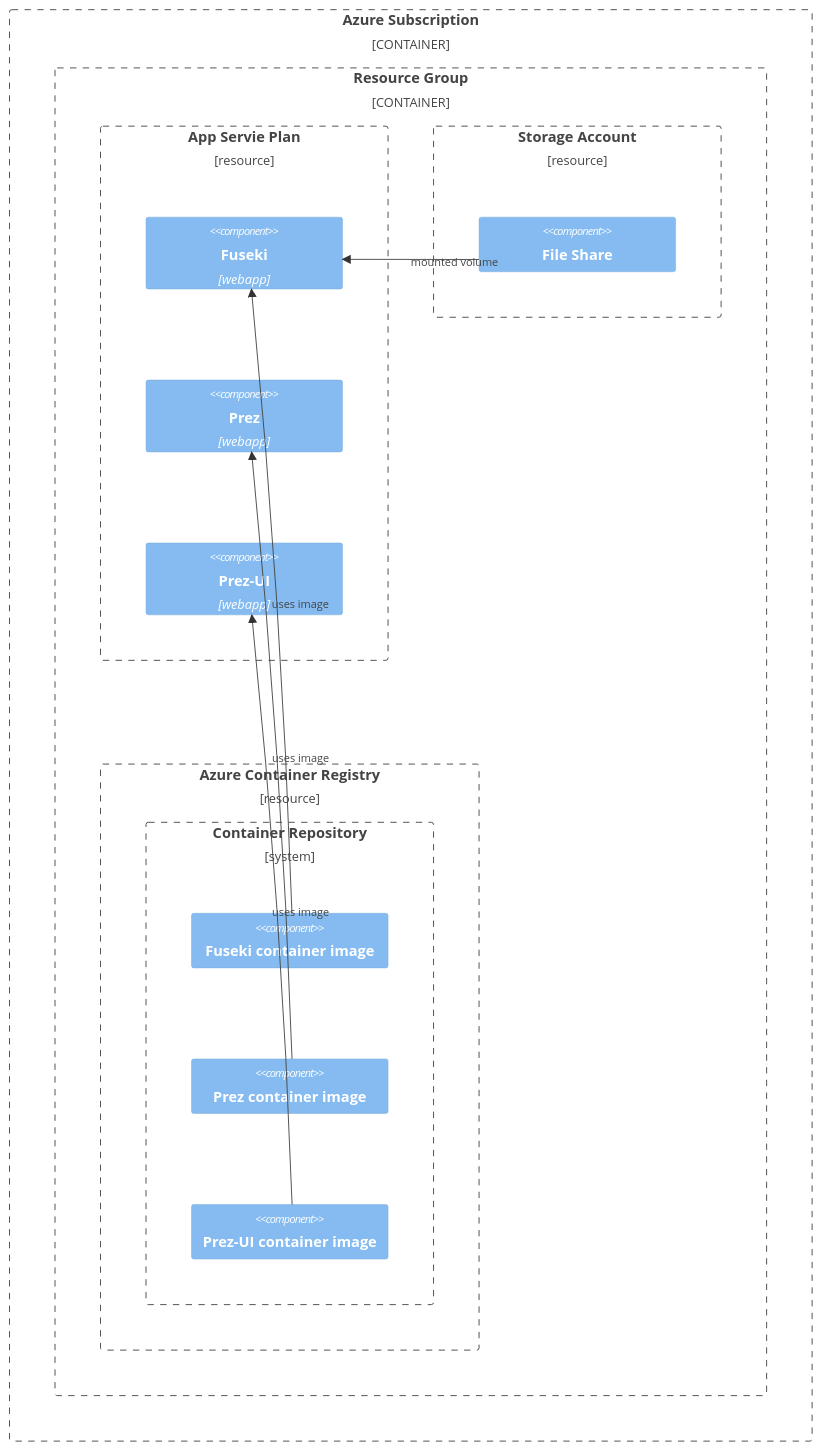
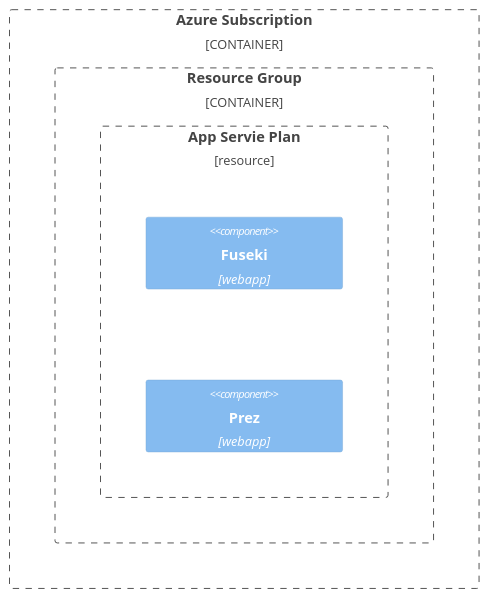
The diagram in docs/prez/deploying/azure/appservice.md (Kurrawong/docs), drawn with Mermaid before and after one commit. The commit also changed other lines of this file and 2 other files, not shown here.

Commit message:
update Azure deployment guides

````diff
--- a/docs/prez/deploying/azure/appservice.md
+++ b/docs/prez/deploying/azure/appservice.md
@@ -6,26 +7,11 @@
 ```mermaid
     C4Context
       Container_Boundary(sb, "Azure Subscription") {
         Container_Boundary(rg, "Resource Group") {
 	        Boundary(asp, "App Servie Plan", "resource") {
 		        Component(app1, "Fuseki", "webapp")
 		        Component(app2, "Prez", "webapp")
-		        Component(app3, "Prez-UI", "webapp")
 	        }
-	        Boundary(sa, "Storage Account", "resource") {
-		        Component(fs, "File Share")
-	        }
-	        Boundary(acr, "Azure Container Registry", "resource") {
-		        Boundary(cr, "Container Repository") {
-			        Component(ci1, "Fuseki container image")
-			        Component(ci2, "Prez container image")
-			        Component(ci3, "Prez-UI container image")
-		        }
-		    }
         }
 	}
-	Rel(fs, app1, "mounted volume")
-	Rel(ci1, app1, "uses image")
-	Rel(ci2, app2, "uses image")
-	Rel(ci3, app3, "uses image")
 ```
````
